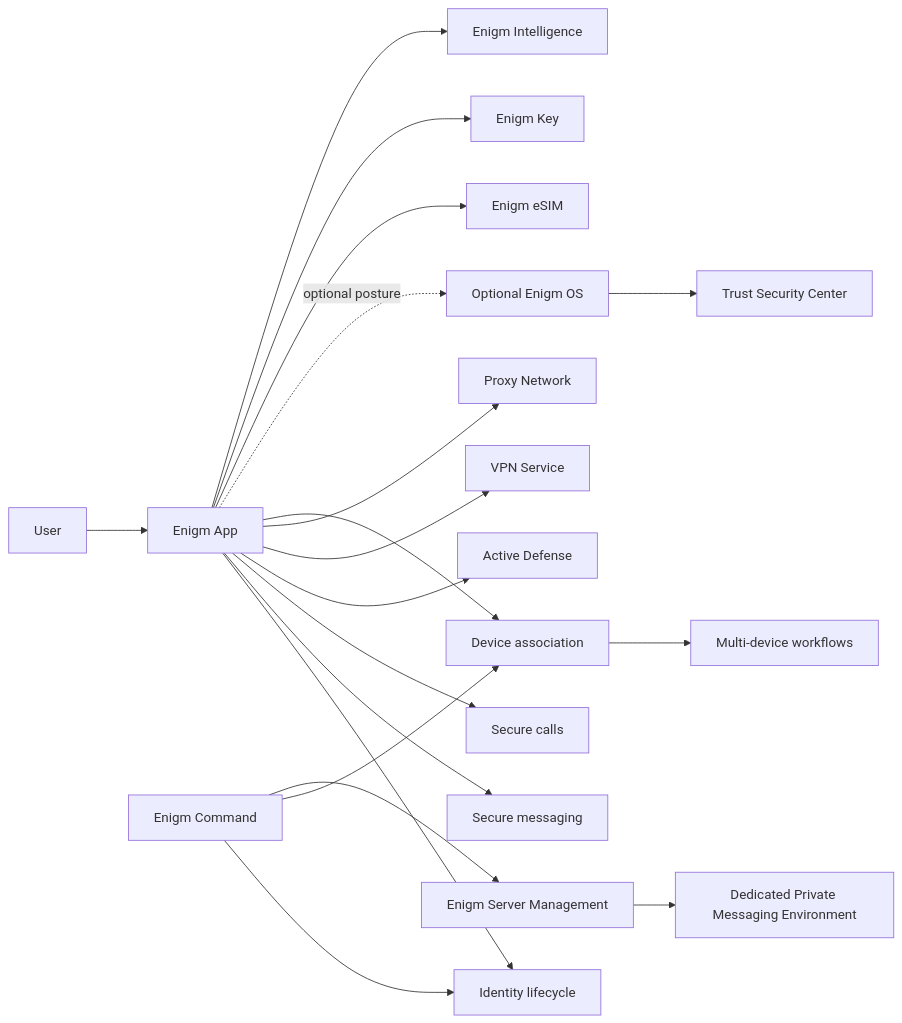
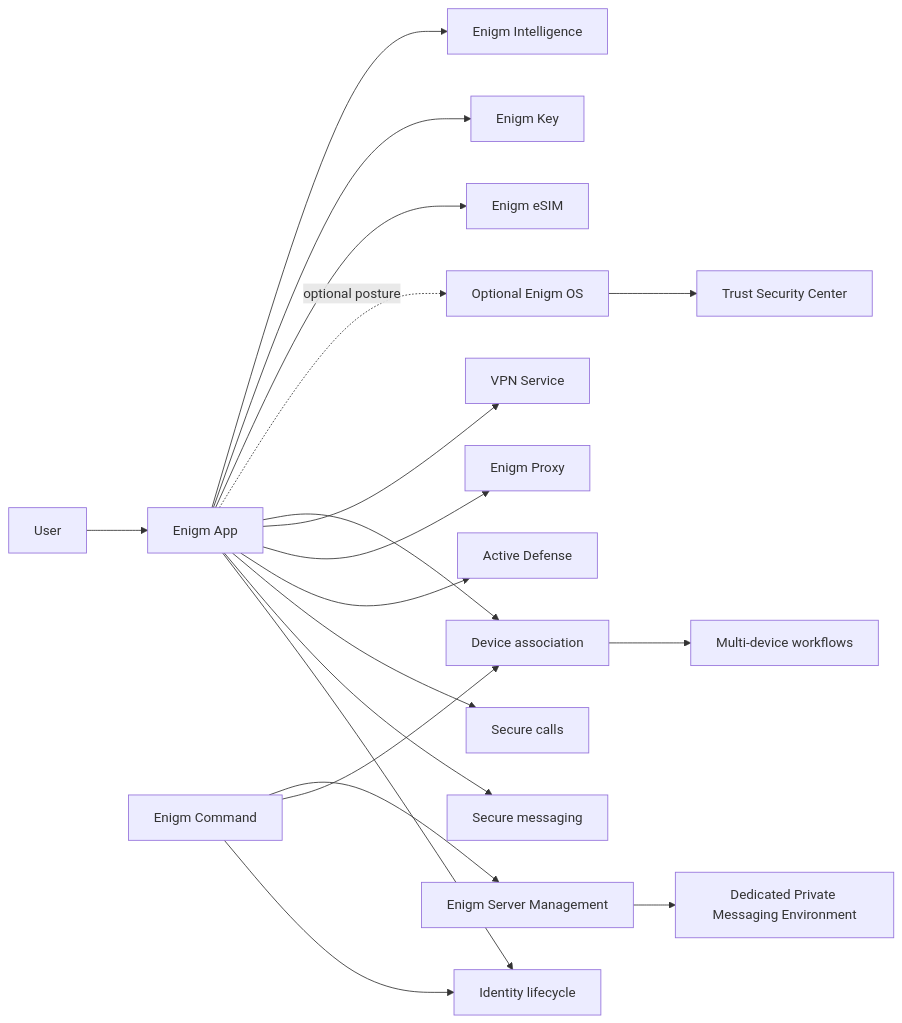
One commit to enigm-llc/docs changed the diagram in app/overview.mdx. Above: the diagram before and after it, drawn with Mermaid. The commit also changed other lines of this file and 21 other files, not shown here.

Commit message:
Document app network services

````diff
--- a/app/overview.mdx
+++ b/app/overview.mdx
@@ -201,21 +201,21 @@
 ```mermaid
 flowchart LR
   User["User"] --> App["Enigm App"]
   App --> Identity["Identity lifecycle"]
   App --> Messaging["Secure messaging"]
   App --> Calls["Secure calls"]
   App --> Defense["Active Defense"]
+  App --> Proxy["Enigm Proxy"]
   App --> VPN["VPN Service"]
-  App --> Proxy["Proxy Network"]
   App --> Devices["Device association"]
   Devices --> Multi["Multi-device workflows"]
   Control["Enigm Command"] --> Identity
   Control --> Devices
   Control --> Servers["Enigm Server Management"]
   Servers --> Dedicated["Dedicated Private Messaging Environment"]
   App -. optional posture .-> OS["Optional Enigm OS"]
   OS --> TSC["Trust Security Center"]
   App --> ESIM["Enigm eSIM"]
   App --> Key["Enigm Key"]
   App --> Intel["Enigm Intelligence"]
 ```
````
